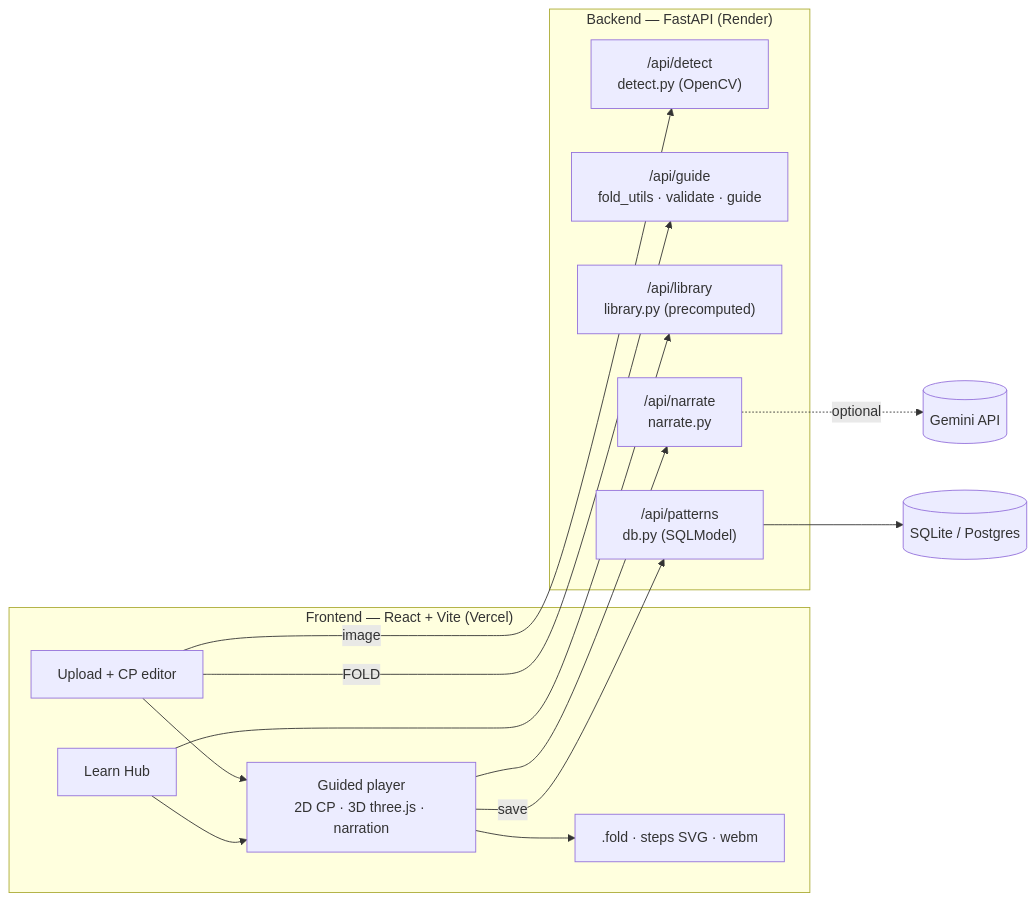
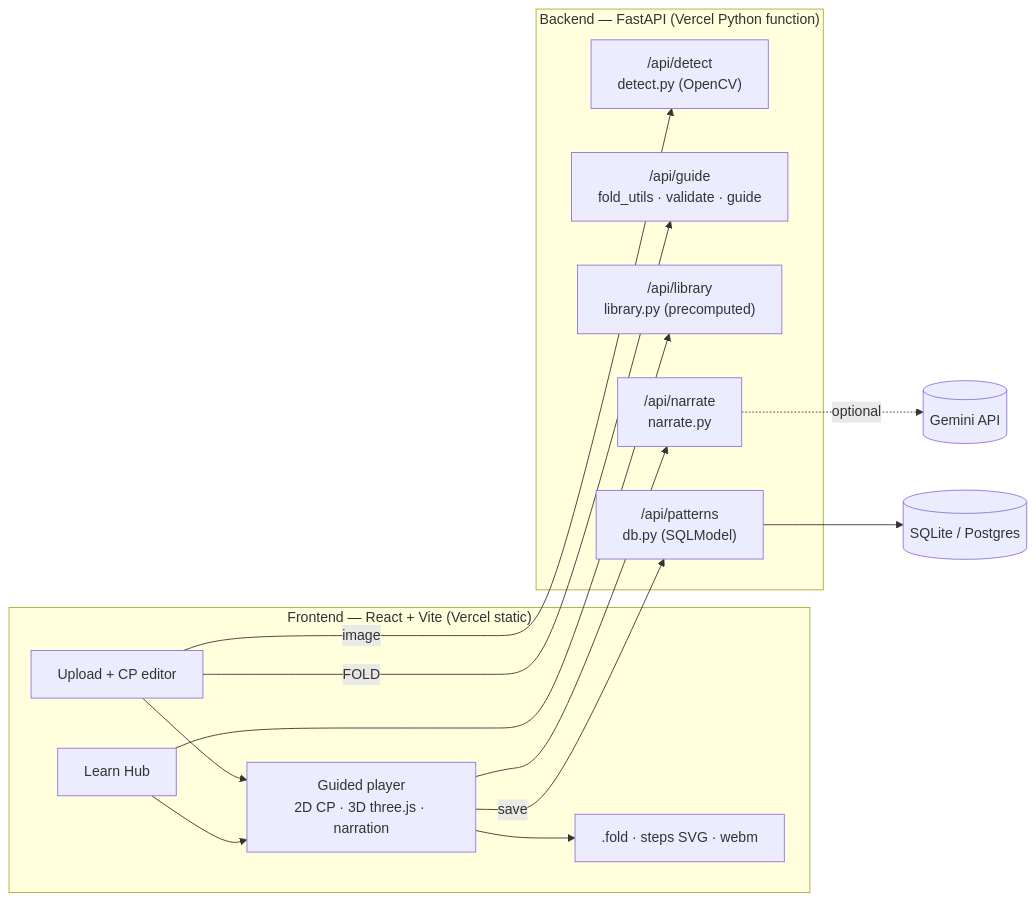
Before and after one commit to Srivalli-DT/Final-Project-Origami: the diagram in README.md, drawn with Mermaid. The commit also changed other lines of this file and 14 other files, not shown here.

Commit message:
host everything on Vercel: FastAPI as a Python function, same-origin API, one-click local start

````diff
--- a/README.md
+++ b/README.md
@@ -40,22 +40,22 @@
 ```mermaid
 flowchart LR
-  subgraph Browser["Frontend — React + Vite (Vercel)"]
+  subgraph Browser["Frontend — React + Vite (Vercel static)"]
     Hub[Learn Hub] --> Player
     Upload[Upload + CP editor] --> Player[Guided player<br/>2D CP · 3D three.js · narration]
     Player --> Export[.fold · steps SVG · webm]
   end
-  subgraph API["Backend — FastAPI (Render)"]
+  subgraph API["Backend — FastAPI (Vercel Python function)"]
     Detect["/api/detect<br/>detect.py (OpenCV)"]
     Guide["/api/guide<br/>fold_utils · validate · guide"]
     Lib["/api/library<br/>library.py (precomputed)"]
     Narr["/api/narrate<br/>narrate.py"]
     Pat["/api/patterns<br/>db.py (SQLModel)"]
   end
   Upload -- image --> Detect
   Upload -- FOLD --> Guide
   Hub --> Lib
   Player --> Narr
   Narr -. optional .-> Gemini[(Gemini API)]
   Pat --> DB[(SQLite / Postgres)]
   Player -- save --> Pat
 ```
````
